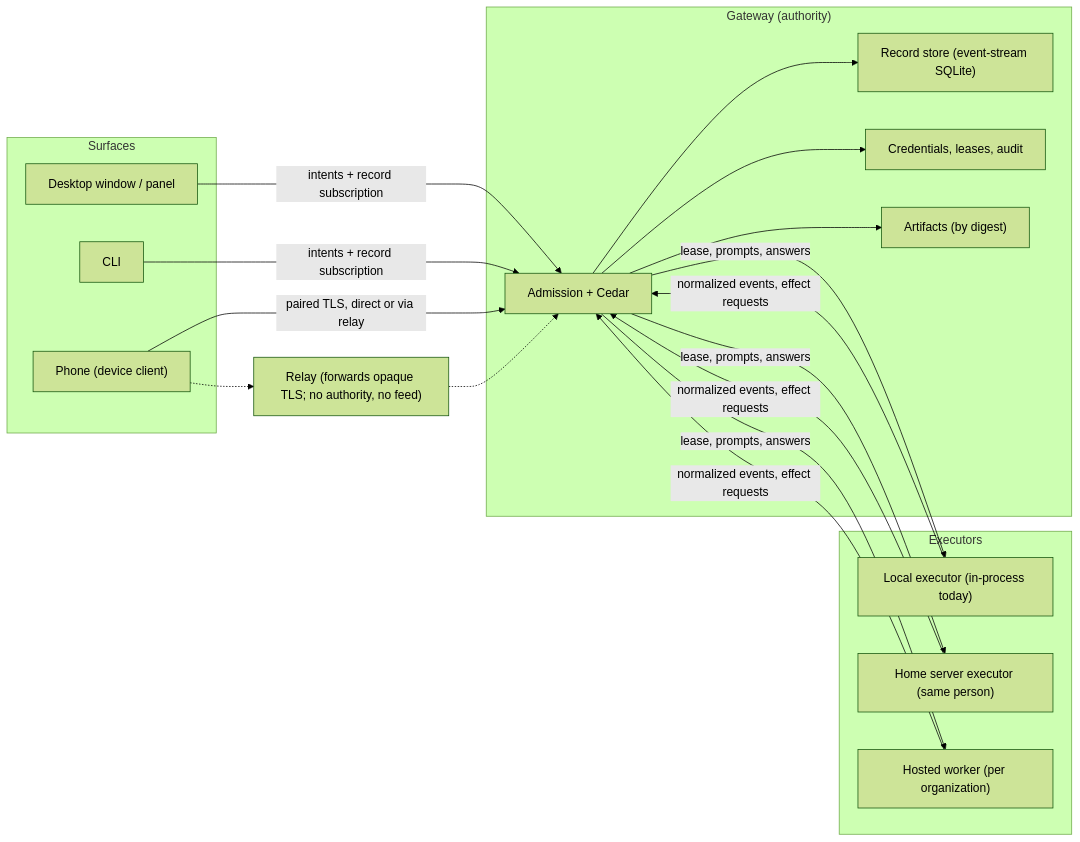
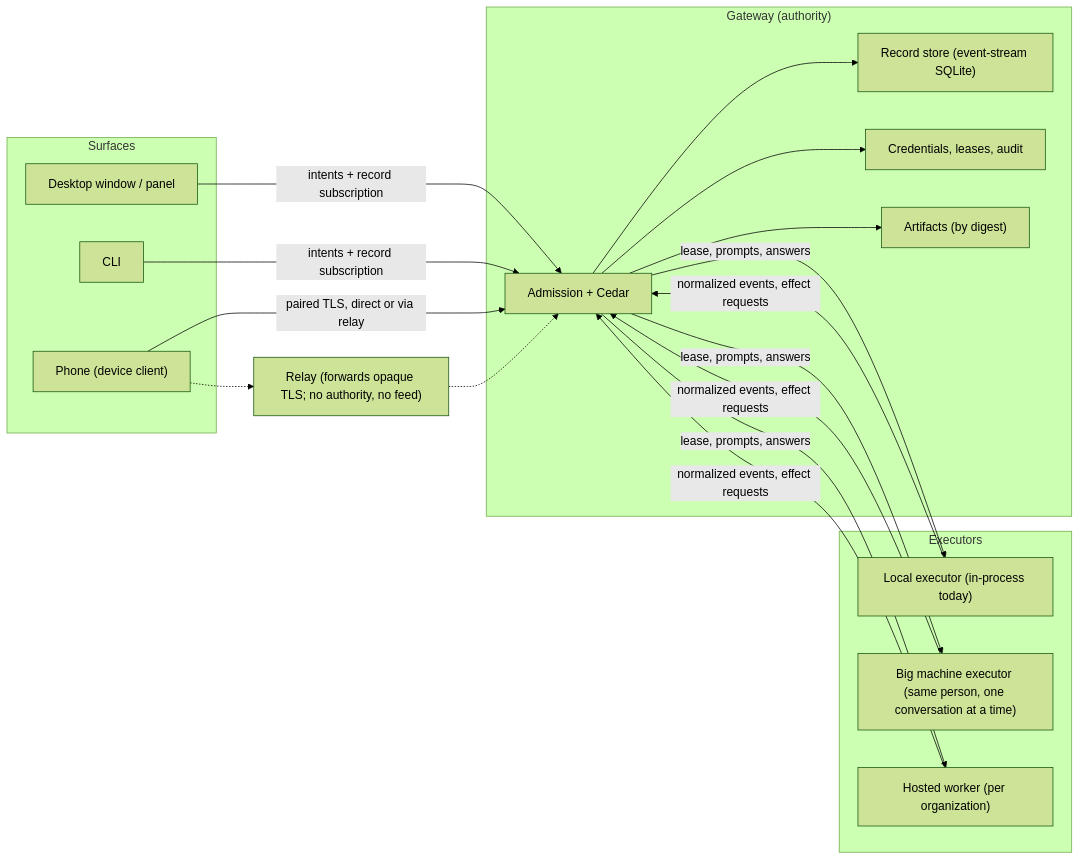
Before and after one commit to nessalabs/nessa-agent: the diagram in docs/design/runtime-architecture.md, drawn with Mermaid (forest theme). The commit also changed other lines of this file, not shown here.

Commit message:
docs: the home server runs the gateway; the executor is for hosted and split cases (#252)

````diff
--- a/docs/design/runtime-architecture.md
+++ b/docs/design/runtime-architecture.md
@@ -31,33 +31,33 @@
 ```mermaid
 flowchart LR
     subgraph Surfaces
         D["Desktop window / panel"]
         C["CLI"]
         P["Phone (device client)"]
     end
     subgraph Authority["Gateway (authority)"]
         A["Admission + Cedar"]
         R["Record store (event-stream SQLite)"]
         K["Credentials, leases, audit"]
         F["Artifacts (by digest)"]
     end
     subgraph Executors
         L["Local executor (in-process today)"]
-        H["Home server executor (same person)"]
+        H["Big machine executor (same person, one conversation at a time)"]
         W["Hosted worker (per organization)"]
     end
     D -- "intents + record subscription" --> A
     C -- "intents + record subscription" --> A
     P -- "paired TLS, direct or via relay" --> A
     A --> R
     A --> K
     A --> F
     A -- "lease, prompts, answers" --> L
     A -- "lease, prompts, answers" --> H
     A -- "lease, prompts, answers" --> W
     L -- "normalized events, effect requests" --> A
     H -- "normalized events, effect requests" --> A
     W -- "normalized events, effect requests" --> A
     Y["Relay (forwards opaque TLS; no authority, no feed)"] -.-> A
     P -.-> Y
 ```
````
